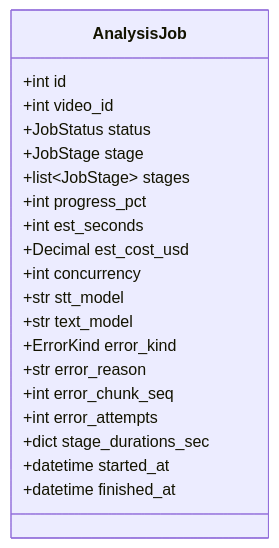
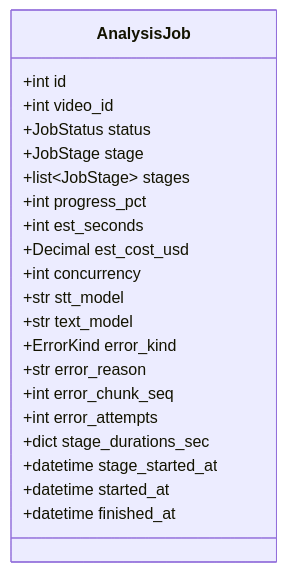
One commit to HoyoungParkme/video-agent changed the second of 18 diagrams in docs/specs/06-DOM/VA-DOM-002.md. Above: the diagram before and after it, drawn with Mermaid. The commit also changed other lines of this file, not shown here.

First line of the commit message:
MINISPEC 되먹임 — AnalysisJob.stage_started_at

````diff
--- a/docs/specs/06-DOM/VA-DOM-002.md
+++ b/docs/specs/06-DOM/VA-DOM-002.md
@@ -208,23 +208,24 @@
 ```mermaid
 classDiagram
     class AnalysisJob {
         +int id
         +int video_id
         +JobStatus status
         +JobStage stage
         +list~JobStage~ stages
         +int progress_pct
         +int est_seconds
         +Decimal est_cost_usd
         +int concurrency
         +str stt_model
         +str text_model
         +ErrorKind error_kind
         +str error_reason
         +int error_chunk_seq
         +int error_attempts
         +dict stage_durations_sec
+        +datetime stage_started_at
         +datetime started_at
         +datetime finished_at
     }
 ```
````
